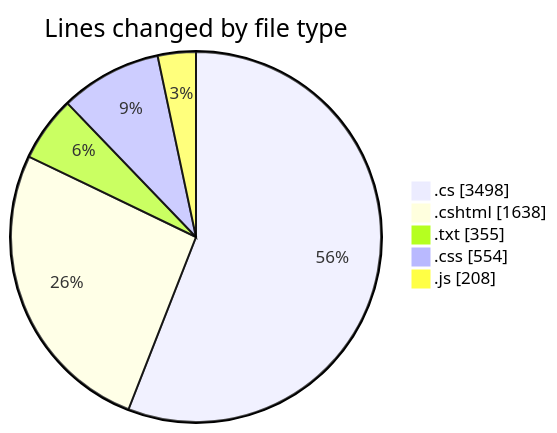
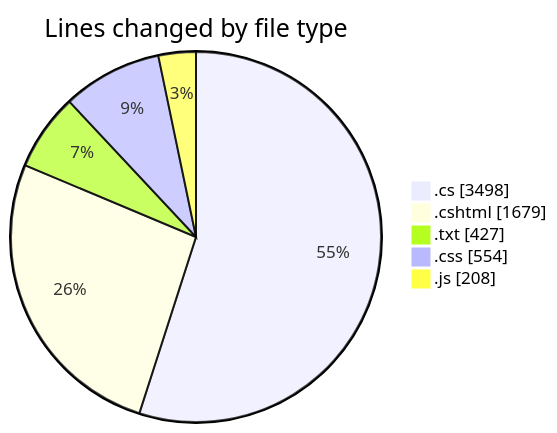
One commit to lephambinh05/code-tracking changed the first of 2 diagrams in 2025-07-28/quanlyrapchieuphim-1/README.md. Above: the diagram before and after it, drawn with Mermaid. The commit also changed other lines of this file and 1 other file, not shown here.

````diff
--- a/2025-07-28/quanlyrapchieuphim-1/README.md
+++ b/2025-07-28/quanlyrapchieuphim-1/README.md
@@ -36,9 +36,9 @@
 ```mermaid
 pie showData
 title Lines changed by file type
 ".cs" : 3498
-".cshtml" : 1638
-".txt" : 355
+".cshtml" : 1679
+".txt" : 427
 ".css" : 554
 ".js" : 208
 ```
````
